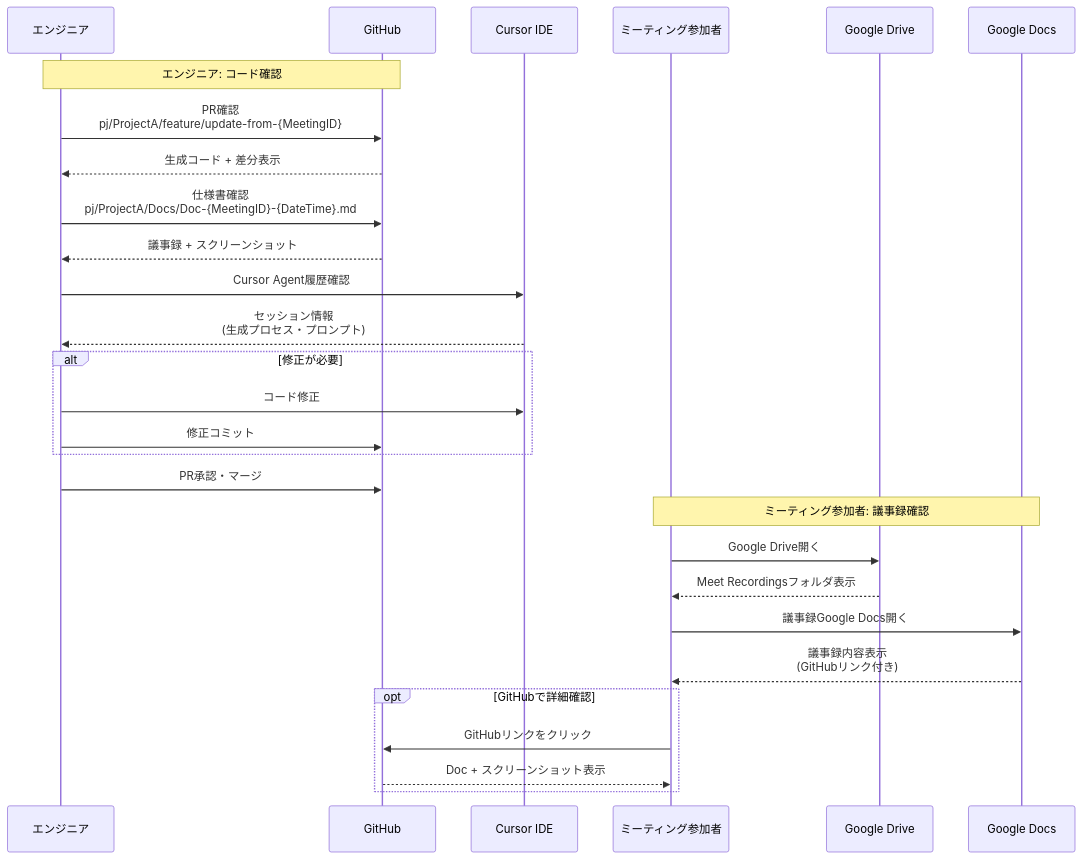
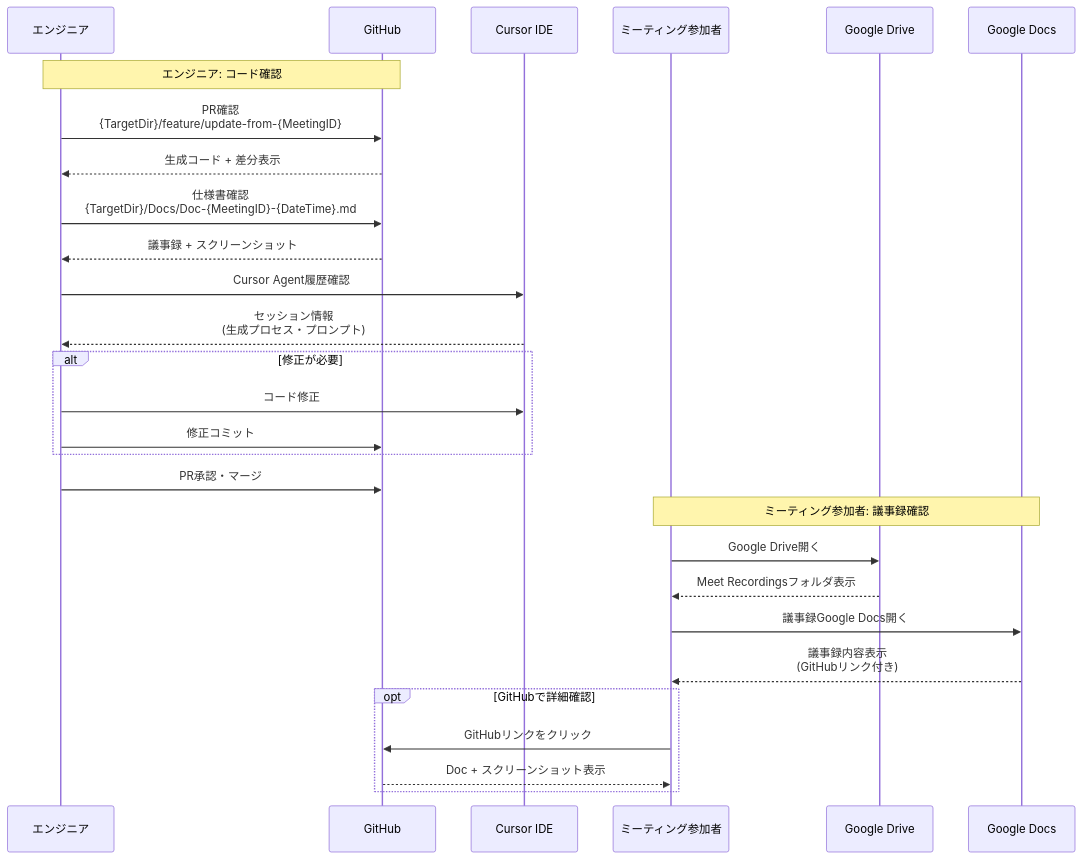
One commit to supertask/MentraAgent changed the sixth of 10 diagrams in docs/RealworldAgent_Diagrams.md. Above: the diagram before and after it, drawn with Mermaid. The commit also changed other lines of this file and 15 other files, not shown here.

````diff
--- a/docs/RealworldAgent_Diagrams.md
+++ b/docs/RealworldAgent_Diagrams.md
@@ -411,37 +417,37 @@
 ```mermaid
 sequenceDiagram
     participant Engineer as エンジニア
     participant GitHub as GitHub
     participant CursorIDE as Cursor IDE
     participant User as ミーティング参加者
     participant Drive as Google Drive
     participant Docs as Google Docs
     
     Note over Engineer,GitHub: エンジニア: コード確認
-    Engineer->>GitHub: PR確認<br/>pj/ProjectA/feature/update-from-{MeetingID}
+    Engineer->>GitHub: PR確認<br/>{TargetDir}/feature/update-from-{MeetingID}
     GitHub-->>Engineer: 生成コード + 差分表示
     
-    Engineer->>GitHub: 仕様書確認<br/>pj/ProjectA/Docs/Doc-{MeetingID}-{DateTime}.md
+    Engineer->>GitHub: 仕様書確認<br/>{TargetDir}/Docs/Doc-{MeetingID}-{DateTime}.md
     GitHub-->>Engineer: 議事録 + スクリーンショット
     
     Engineer->>CursorIDE: Cursor Agent履歴確認
     CursorIDE-->>Engineer: セッション情報<br/>(生成プロセス・プロンプト)
     
     alt 修正が必要
         Engineer->>CursorIDE: コード修正
         Engineer->>GitHub: 修正コミット
     end
     
     Engineer->>GitHub: PR承認・マージ
     
     Note over User,Docs: ミーティング参加者: 議事録確認
     User->>Drive: Google Drive開く
     Drive-->>User: Meet Recordingsフォルダ表示
     User->>Docs: 議事録Google Docs開く
     Docs-->>User: 議事録内容表示<br/>(GitHubリンク付き)
     
     opt GitHubで詳細確認
         User->>GitHub: GitHubリンクをクリック
         GitHub-->>User: Doc + スクリーンショット表示
     end
 ```
````
